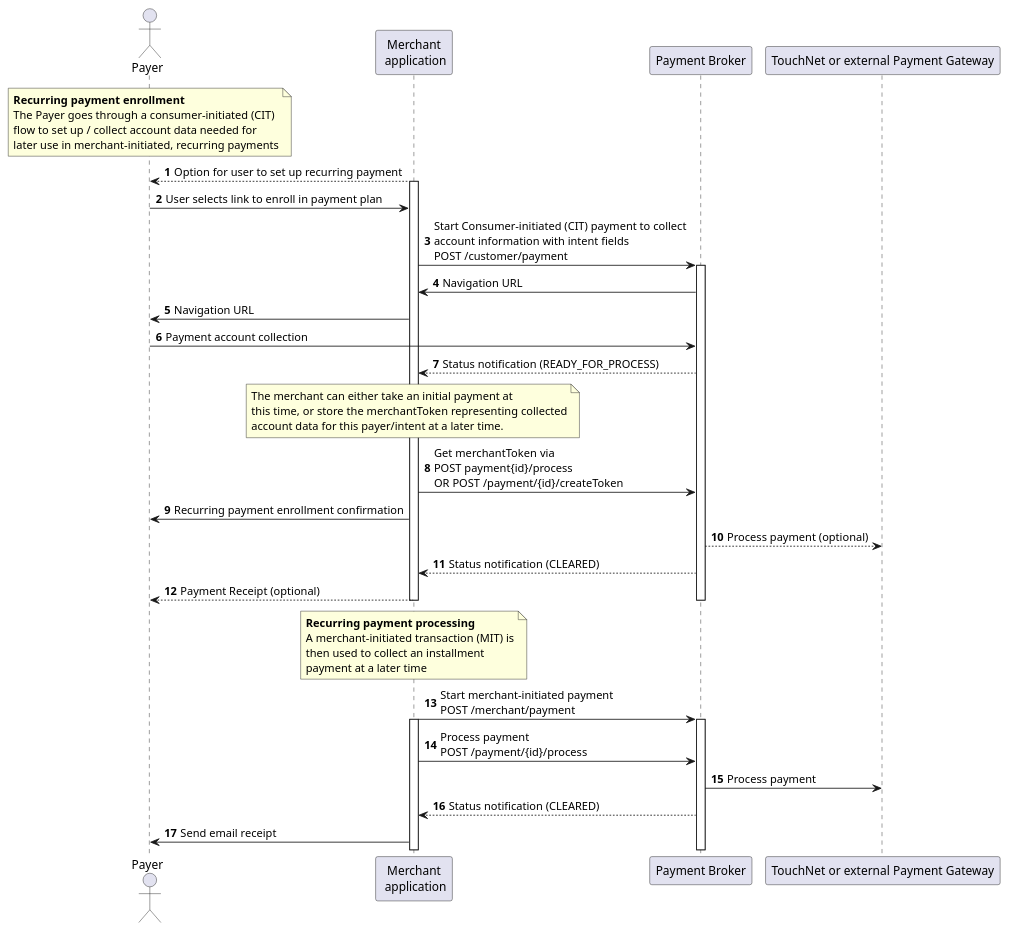
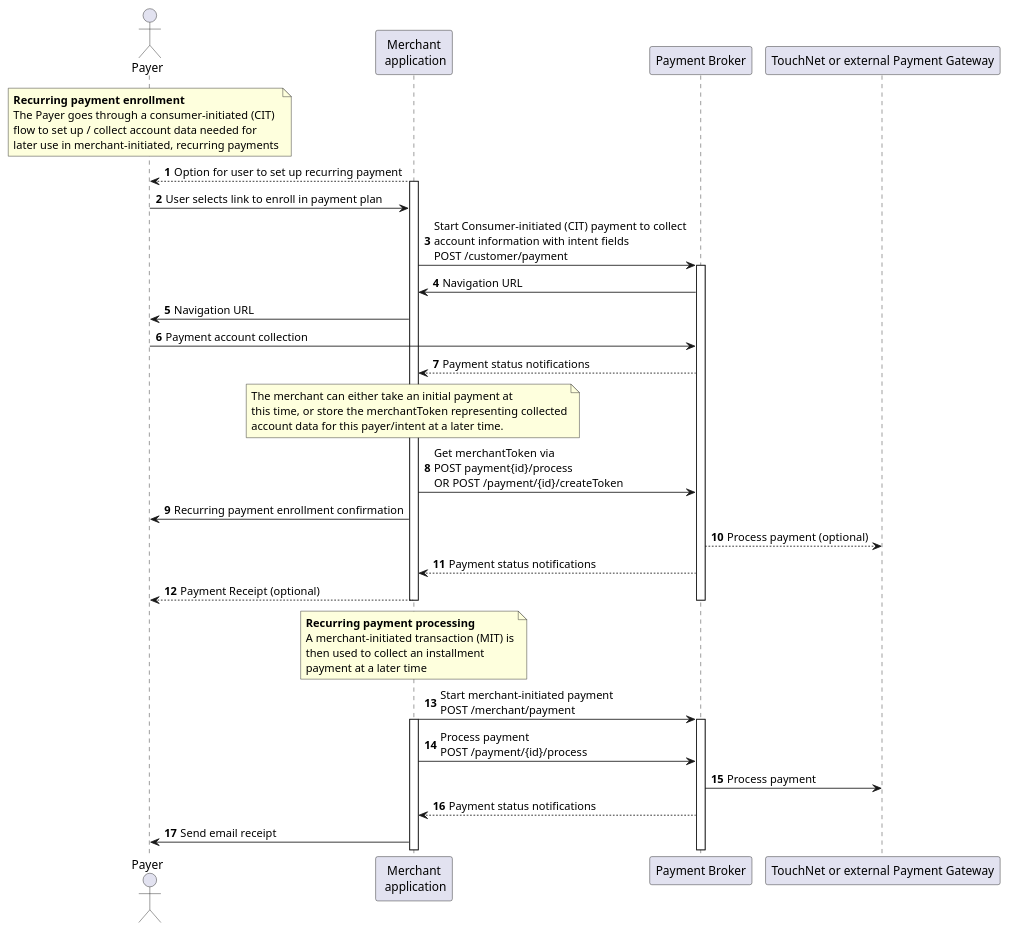
One commit to touchnetglobalpayments/broker-web-sdk changed the diagram in docs/PaymentBroker_MerchantInitiatedFlow.puml. Above: the diagram before and after it, drawn with PlantUML.

Commit message:
PMTB-3582 - Save edits from team review 9/13

```diff
--- a/docs/PaymentBroker_MerchantInitiatedFlow.puml
+++ b/docs/PaymentBroker_MerchantInitiatedFlow.puml
@@ -1,56 +1,56 @@
 @startuml
 autonumber
 
 ' Declare the players on the screen
 actor "Payer" as PAYER
 participant "Merchant\n application" as  MBE
 participant "Payment Broker" as PB
 participant "TouchNet or external Payment Gateway" as TPG
 
 ' Start the diagram
 note over PAYER
   <b>Recurring payment enrollment</b>
   The Payer goes through a consumer-initiated (CIT) 
   flow to set up / collect account data needed for  
   later use in merchant-initiated, recurring payments
 end note
 
 MBE --> PAYER: Option for user to set up recurring payment
 activate MBE
 PAYER -> MBE: User selects link to enroll in payment plan
 MBE -> PB: Start Consumer-initiated (CIT) payment to collect\naccount information with intent fields\nPOST /customer/payment
 activate PB
 PB -> MBE: Navigation URL
 MBE -> PAYER: Navigation URL
 
 PAYER -> PB: Payment account collection
-PB --> MBE: Status notification (READY_FOR_PROCESS)
+PB --> MBE: Payment status notifications
 note over MBE
   The merchant can either take an initial payment at
   this time, or store the merchantToken representing collected
   account data for this payer/intent at a later time.
 end note
 MBE->PB: Get merchantToken via\nPOST payment{id}/process\nOR POST /payment/{id}/createToken
 MBE->PAYER: Recurring payment enrollment confirmation
 PB --> TPG: Process payment (optional)
-PB-->MBE: Status notification (CLEARED)
+PB-->MBE: Payment status notifications
 MBE --> PAYER: Payment Receipt (optional)
 deactivate MBE
 deactivate PB
 
 note over MBE
   <b>Recurring payment processing</b>
   A merchant-initiated transaction (MIT) is
   then used to collect an installment
   payment at a later time
 end note
 
 MBE->PB: Start merchant-initiated payment\nPOST /merchant/payment
 activate MBE
 activate PB
 MBE->PB: Process payment\nPOST /payment/{id}/process
 PB->TPG: Process payment
-PB-->MBE:Status notification (CLEARED)
+PB-->MBE:Payment status notifications
 MBE->PAYER: Send email receipt
 
 @enduml
```
